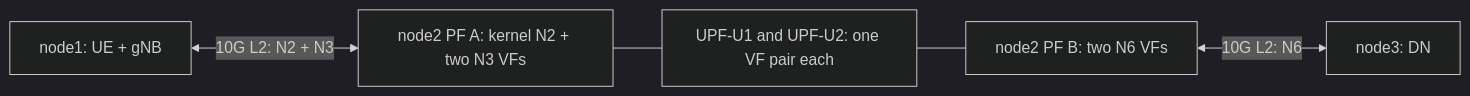
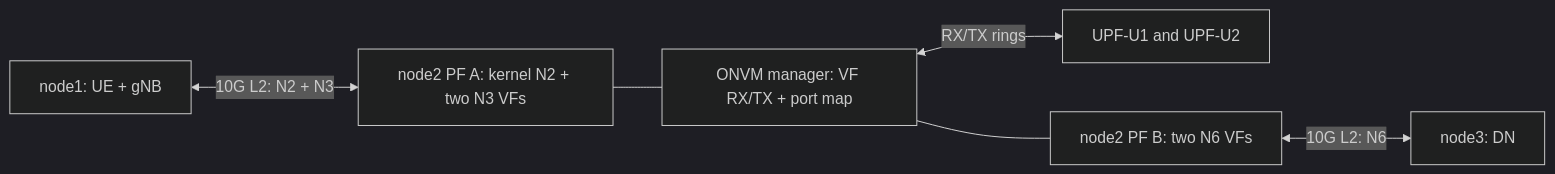
The diagram in docs/sriov-upf/README.md (bmsohwinc/onvm-upf-nycu), drawn with Mermaid (dark theme) before and after one commit. The commit also changed other lines of this file and 23 other files, not shown here.

First line of the commit message:
upf: move VF packet I/O to manager and restore worker rings

````diff
--- a/docs/sriov-upf/README.md
+++ b/docs/sriov-upf/README.md
@@ -67,7 +68,8 @@
 ```mermaid
 flowchart LR
     R["node1: UE + gNB"] <-->|"10G L2: N2 + N3"| A["node2 PF A: kernel N2 + two N3 VFs"]
-    A --- U["UPF-U1 and UPF-U2: one VF pair each"]
-    U --- B["node2 PF B: two N6 VFs"]
+    A --- M["ONVM manager: VF RX/TX + port map"]
+    M <-->|"RX/TX rings"| U["UPF-U1 and UPF-U2"]
+    M --- B["node2 PF B: two N6 VFs"]
     B <-->|"10G L2: N6"| D["node3: DN"]
 ```
````
